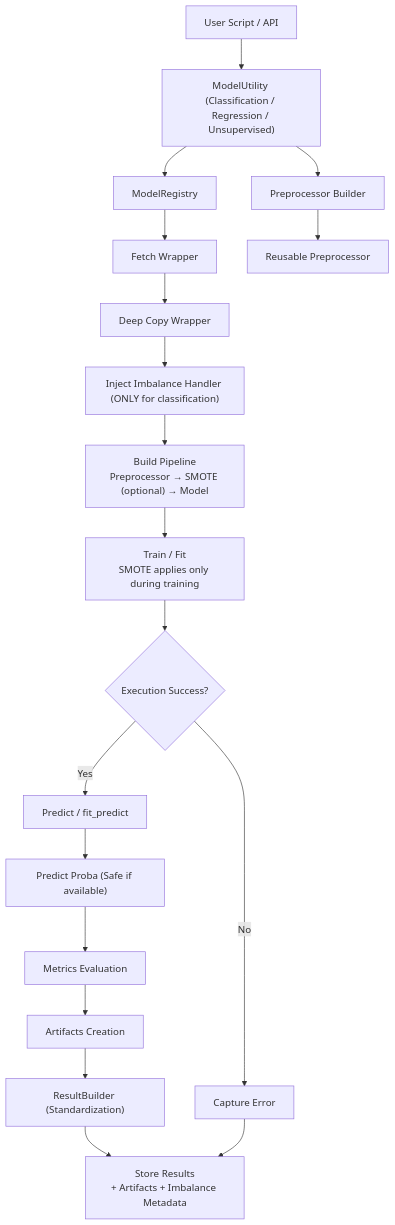
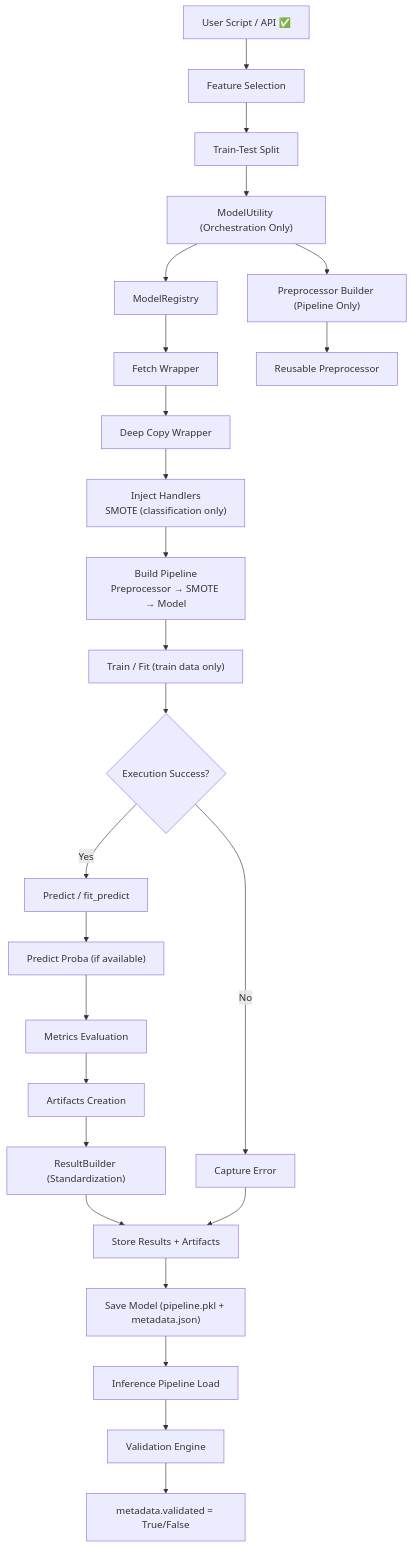
One commit to abhinavssingh/python-learnings changed the second of 7 diagrams in lib/utility/machinelearning/README.md. Above: the diagram before and after it, drawn with Mermaid. The commit also changed other lines of this file and 23 other files, not shown here.

Commit message:
refactoring pipeline script for inferencing

````diff
--- a/lib/utility/machinelearning/README.md
+++ b/lib/utility/machinelearning/README.md
@@ -60,36 +66,49 @@
 ```mermaid
 flowchart TD
 
-    A[User Script / API] --> B["ModelUtility (Classification / Regression / Unsupervised)"]
+    A[User Script / API ✅] --> A1[Feature Selection]
+
+    A1 --> A2[Train-Test Split]
+
+    A2 --> B["ModelUtility (Orchestration Only)"]
 
     B --> C[ModelRegistry]
-    B --> D[Preprocessor Builder]
+    B --> D["Preprocessor Builder (Pipeline Only)"]
 
     C --> E[Fetch Wrapper]
     E --> F[Deep Copy Wrapper]
 
     D --> G[Reusable Preprocessor]
 
-    F --> H["Inject Imbalance Handler (ONLY for classification)"]
+    F --> H["Inject Handlers<br/>SMOTE (classification only)"]
 
-    H --> I["Build Pipeline<br/>Preprocessor → SMOTE (optional) → Model"]
+    H --> I["Build Pipeline<br/>Preprocessor → SMOTE → Model"]
 
-    I --> J["Train / Fit<br/>SMOTE applies only during training"]
+    I --> J["Train / Fit (train data only)"]
 
     J --> K{Execution Success?}
 
-    K -->|Yes| L[Predict / fit_predict]
+    K -->|Yes| L["Predict / fit_predict"]
+
     K -->|No| Z[Capture Error]
 
-    L --> M["Predict Proba (Safe if available)"]
+    L --> M["Predict Proba (if available)"]
 
     M --> N[Metrics Evaluation]
 
     N --> O[Artifacts Creation]
 
     O --> P["ResultBuilder (Standardization)"]
 
-    P --> Q["Store Results<br/>+ Artifacts + Imbalance Metadata"]
+    P --> Q["Store Results + Artifacts"]
+
+    Q --> R["Save Model (pipeline.pkl + metadata.json)"]
+
+    R --> S["Inference Pipeline Load"]
+
+    S --> T["Validation Engine"]
+
+    T --> U["metadata.validated = True/False"]
 
     Z --> Q
 ```
````
